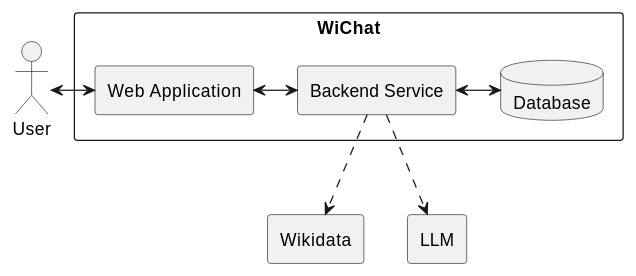
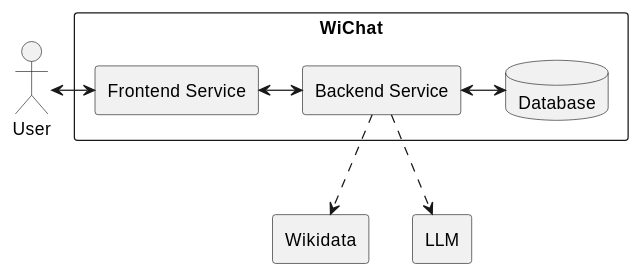
One commit to Arquisoft/wichat_es3b changed the second of 3 diagrams in docs/src/05_building_block_view.adoc. Above: the diagram before and after it, drawn with PlantUML. The commit also changed other lines of this file, not shown here.

```diff
--- a/docs/src/05_building_block_view.adoc
+++ b/docs/src/05_building_block_view.adoc
@@ -196,23 +147,23 @@
 [plantuml]
 ----
 @startuml
 
 actor User
 
 rectangle WiChat {
-    rectangle "Web Application" as Web
+    rectangle "Frontend Service" as Web
     rectangle "Backend Service" as Backend
     database Database
 }
 
 rectangle Wikidata
 rectangle LLM
 
 User <-> Web
 Web <-> Backend
 Backend <-> Database
 Backend ..> Wikidata
 Backend ..> LLM
 
 @enduml
 ----
```
